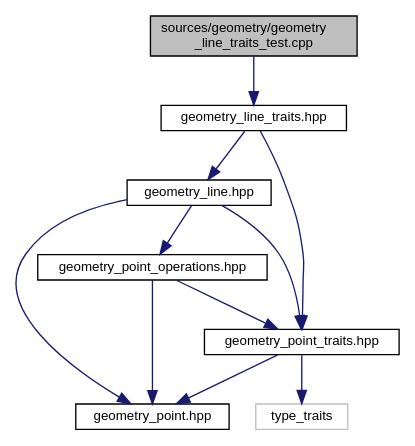
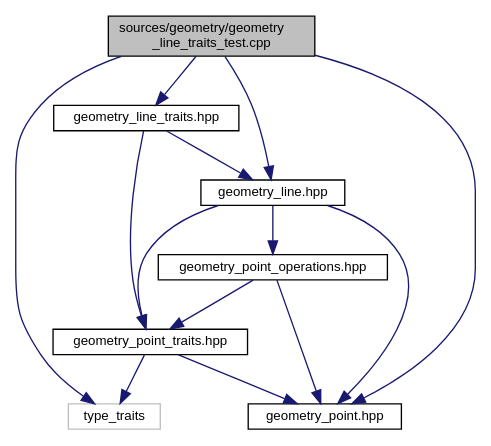
One commit to eliogovea/dev-env-cpp changed the diagram in geometry/documentation/geometry__line__traits__test_8cpp__incl.dot. Above: the diagram before and after it, drawn with Graphviz. The commit also changed 148 other files, not shown here.

```diff
--- a/geometry/documentation/geometry__line__traits__test_8cpp__incl.dot
+++ b/geometry/documentation/geometry__line__traits__test_8cpp__incl.dot
@@ -1,23 +1,26 @@
 digraph "sources/geometry/geometry_line_traits_test.cpp"
 {
  // LATEX_PDF_SIZE
   edge [fontname="Helvetica",fontsize="10",labelfontname="Helvetica",labelfontsize="10"];
   node [fontname="Helvetica",fontsize="10",shape=record];
   Node1 [label="sources/geometry/geometry\l_line_traits_test.cpp",height=0.2,width=0.4,color="black", fillcolor="grey75", style="filled", fontcolor="black",tooltip=" "];
   Node1 -> Node2 [color="midnightblue",fontsize="10",style="solid",fontname="Helvetica"];
-  Node2 [label="geometry_line_traits.hpp",height=0.2,width=0.4,color="black", fillcolor="white", style="filled",URL="$geometry__line__traits_8hpp.html",tooltip=" "];
-  Node2 -> Node3 [color="midnightblue",fontsize="10",style="solid",fontname="Helvetica"];
+  Node2 [label="type_traits",height=0.2,width=0.4,color="grey75", fillcolor="white", style="filled",tooltip=" "];
+  Node1 -> Node3 [color="midnightblue",fontsize="10",style="solid",fontname="Helvetica"];
   Node3 [label="geometry_line.hpp",height=0.2,width=0.4,color="black", fillcolor="white", style="filled",URL="$geometry__line_8hpp.html",tooltip=" "];
   Node3 -> Node4 [color="midnightblue",fontsize="10",style="solid",fontname="Helvetica"];
   Node4 [label="geometry_point.hpp",height=0.2,width=0.4,color="black", fillcolor="white", style="filled",URL="$geometry__point_8hpp.html",tooltip=" "];
   Node3 -> Node5 [color="midnightblue",fontsize="10",style="solid",fontname="Helvetica"];
   Node5 [label="geometry_point_operations.hpp",height=0.2,width=0.4,color="black", fillcolor="white", style="filled",URL="$geometry__point__operations_8hpp.html",tooltip=" "];
   Node5 -> Node4 [color="midnightblue",fontsize="10",style="solid",fontname="Helvetica"];
   Node5 -> Node6 [color="midnightblue",fontsize="10",style="solid",fontname="Helvetica"];
   Node6 [label="geometry_point_traits.hpp",height=0.2,width=0.4,color="black", fillcolor="white", style="filled",URL="$geometry__point__traits_8hpp.html",tooltip=" "];
-  Node6 -> Node7 [color="midnightblue",fontsize="10",style="solid",fontname="Helvetica"];
-  Node7 [label="type_traits",height=0.2,width=0.4,color="grey75", fillcolor="white", style="filled",tooltip=" "];
+  Node6 -> Node2 [color="midnightblue",fontsize="10",style="solid",fontname="Helvetica"];
   Node6 -> Node4 [color="midnightblue",fontsize="10",style="solid",fontname="Helvetica"];
   Node3 -> Node6 [color="midnightblue",fontsize="10",style="solid",fontname="Helvetica"];
-  Node2 -> Node6 [color="midnightblue",fontsize="10",style="solid",fontname="Helvetica"];
+  Node1 -> Node7 [color="midnightblue",fontsize="10",style="solid",fontname="Helvetica"];
+  Node7 [label="geometry_line_traits.hpp",height=0.2,width=0.4,color="black", fillcolor="white", style="filled",URL="$geometry__line__traits_8hpp.html",tooltip=" "];
+  Node7 -> Node3 [color="midnightblue",fontsize="10",style="solid",fontname="Helvetica"];
+  Node7 -> Node6 [color="midnightblue",fontsize="10",style="solid",fontname="Helvetica"];
+  Node1 -> Node4 [color="midnightblue",fontsize="10",style="solid",fontname="Helvetica"];
 }
```
